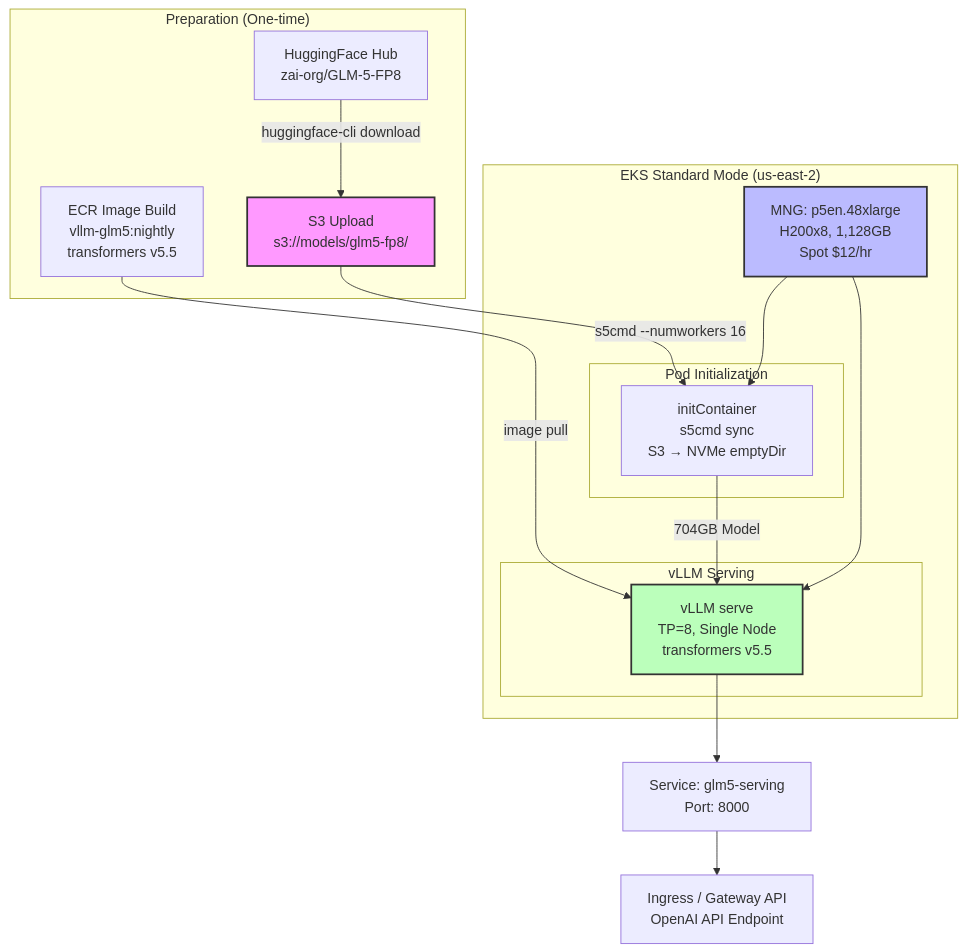
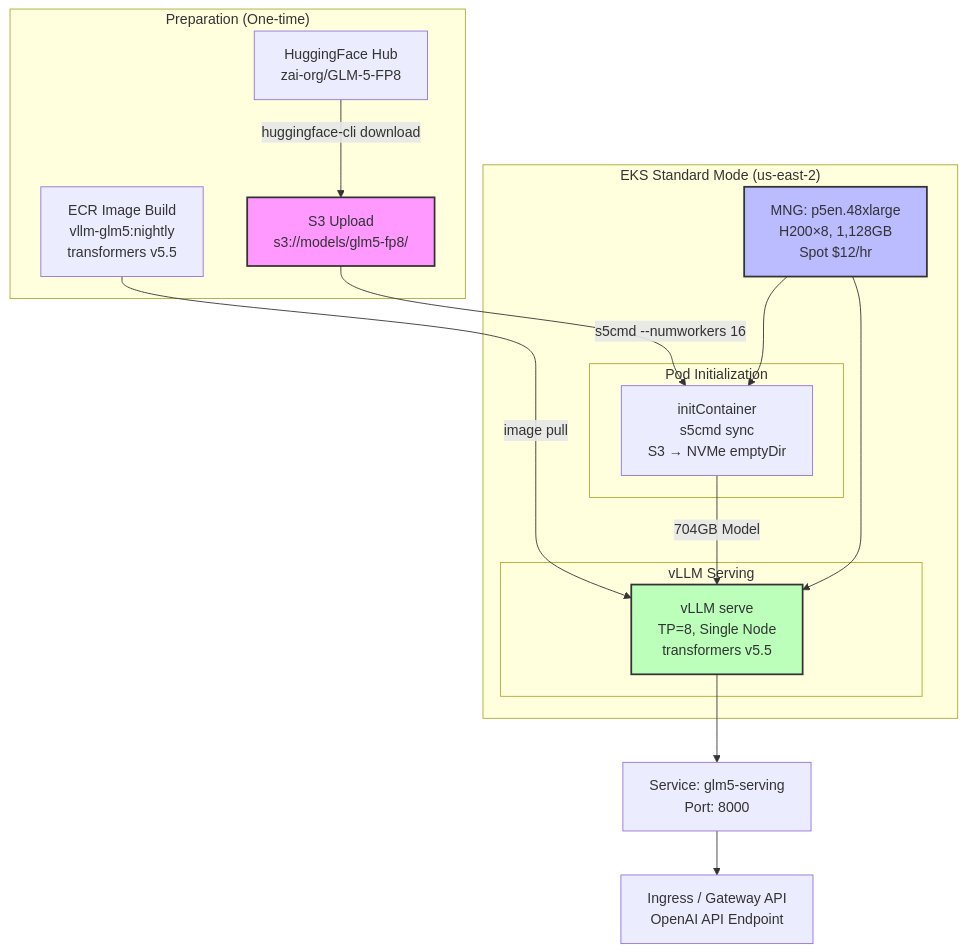
The diagram in i18n/en/docusaurus-plugin-content-docs/current/agentic-ai-platform/reference-architecture/model-lifecycle/custom-model-deployment.md (devfloor9/engineering-playbook), drawn with Mermaid before and after one commit. The commit also changed other lines of this file and 72 other files, not shown here.

````diff
--- a/i18n/en/docusaurus-plugin-content-docs/current/agentic-ai-platform/reference-architecture/model-lifecycle/custom-model-deployment.md
+++ b/i18n/en/docusaurus-plugin-content-docs/current/agentic-ai-platform/reference-architecture/model-lifecycle/custom-model-deployment.md
@@ -681,35 +681,35 @@
 ```mermaid
 graph TB
     subgraph "Preparation (One-time)"
         HF[HuggingFace Hub<br/>zai-org/GLM-5-FP8]
         ECR_BUILD[ECR Image Build<br/>vllm-glm5:nightly<br/>transformers v5.5]
         S3_UPLOAD[S3 Upload<br/>s3://models/glm5-fp8/]
     end
     
     HF -->|huggingface-cli download| S3_UPLOAD
     
     subgraph "EKS Standard Mode (us-east-2)"
-        MNG[MNG: p5en.48xlarge<br/>H200x8, 1,128GB<br/>Spot $12/hr]
+        MNG[MNG: p5en.48xlarge<br/>H200×8, 1,128GB<br/>Spot $12/hr]
         
         subgraph "Pod Initialization"
             INIT[initContainer<br/>s5cmd sync<br/>S3 → NVMe emptyDir]
         end
         
         subgraph "vLLM Serving"
             VLLM[vLLM serve<br/>TP=8, Single Node<br/>transformers v5.5]
         end
         
         S3_UPLOAD -->|s5cmd --numworkers 16| INIT
         ECR_BUILD -->|image pull| VLLM
         INIT -->|704GB Model| VLLM
         MNG --> INIT
         MNG --> VLLM
     end
     
     VLLM --> SVC[Service: glm5-serving<br/>Port: 8000]
     SVC --> INGRESS[Ingress / Gateway API<br/>OpenAI API Endpoint]
     
     style S3_UPLOAD fill:#f9f,stroke:#333,stroke-width:2px
     style MNG fill:#bbf,stroke:#333,stroke-width:2px
     style VLLM fill:#bfb,stroke:#333,stroke-width:2px
 ```
````
